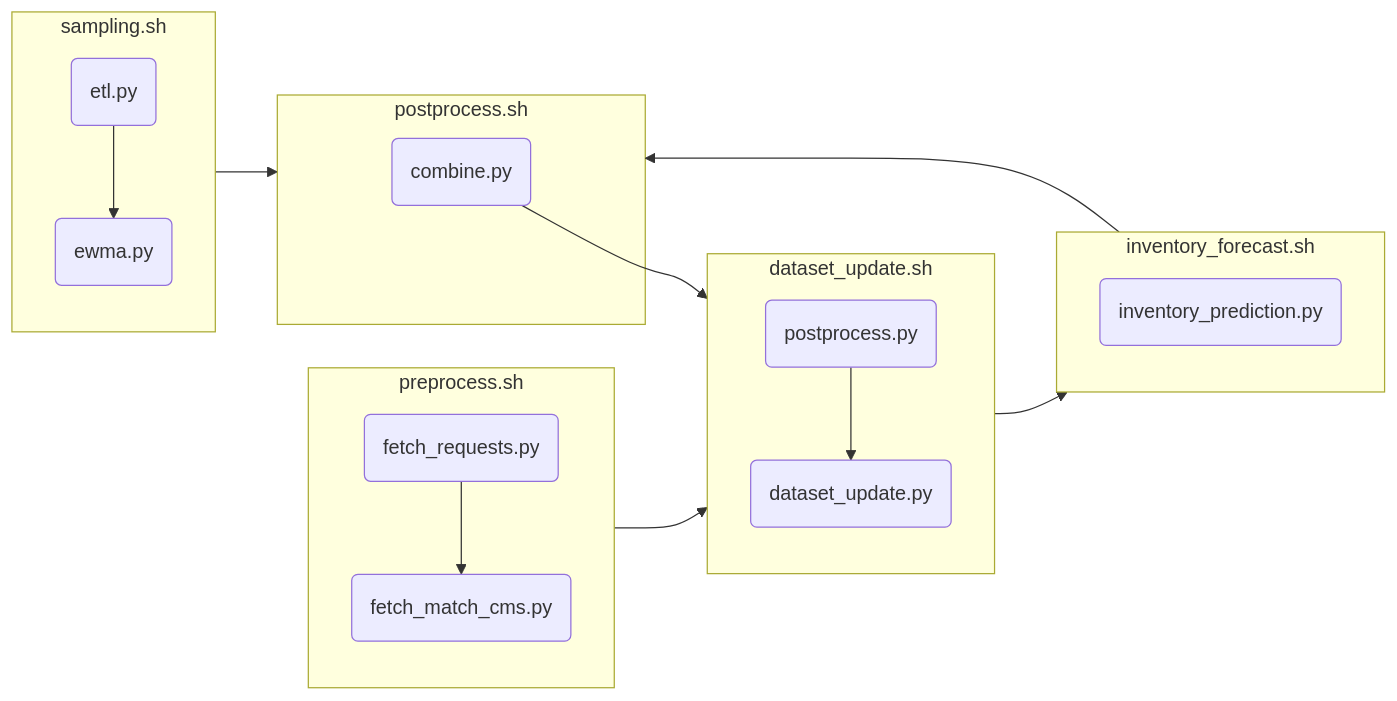
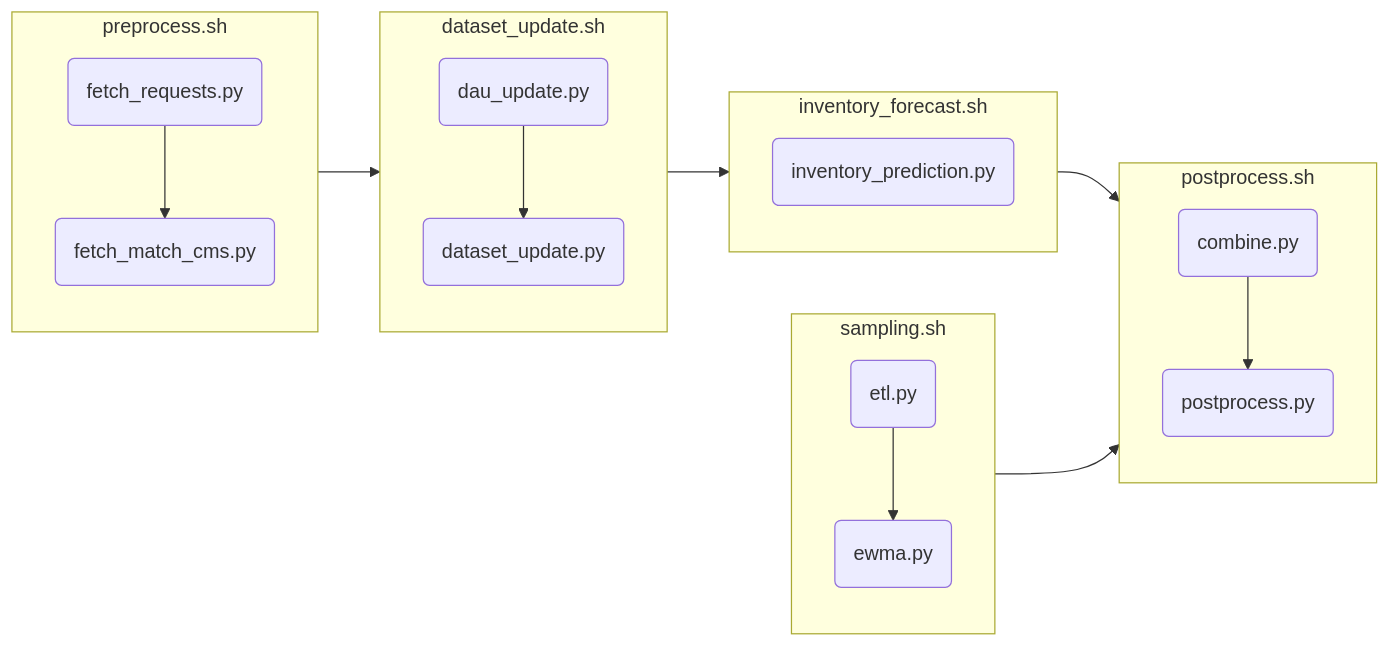
One commit to xiaoyali123456/inventory_forecasting changed the diagram in pipeline/readme.md. Above: the diagram before and after it, drawn with Mermaid.

````diff
--- a/pipeline/readme.md
+++ b/pipeline/readme.md
@@ -3,24 +3,25 @@
 ```mermaid
 graph LR
   subgraph preprocess.sh
     direction TB
     A(fetch_requests.py) --> B(fetch_match_cms.py)
   end
   subgraph dataset_update.sh
     direction TB
-    H(dau_update.py) --> I(dataset_update.py)
+    I(dau_update.py) --> J(dataset_update.py)
   end
   subgraph inventory_forecast.sh
     direction TB
     C(inventory_prediction.py)
   end
   subgraph sampling.sh
     direction TB
     E(etl.py) --> F(ewma.py)
   end
   subgraph postprocess.sh
+    direction TB
     G(combine.py) --> H(postprocess.py)
   end
   preprocess.sh --> dataset_update.sh --> inventory_forecast.sh --> postprocess.sh
   sampling.sh --> postprocess.sh
 ```
````
